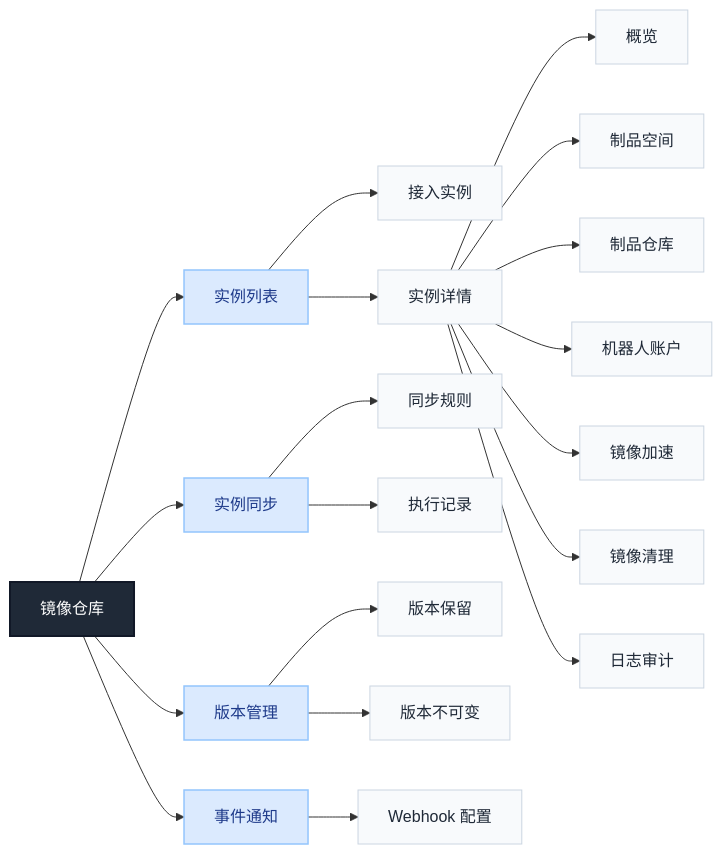
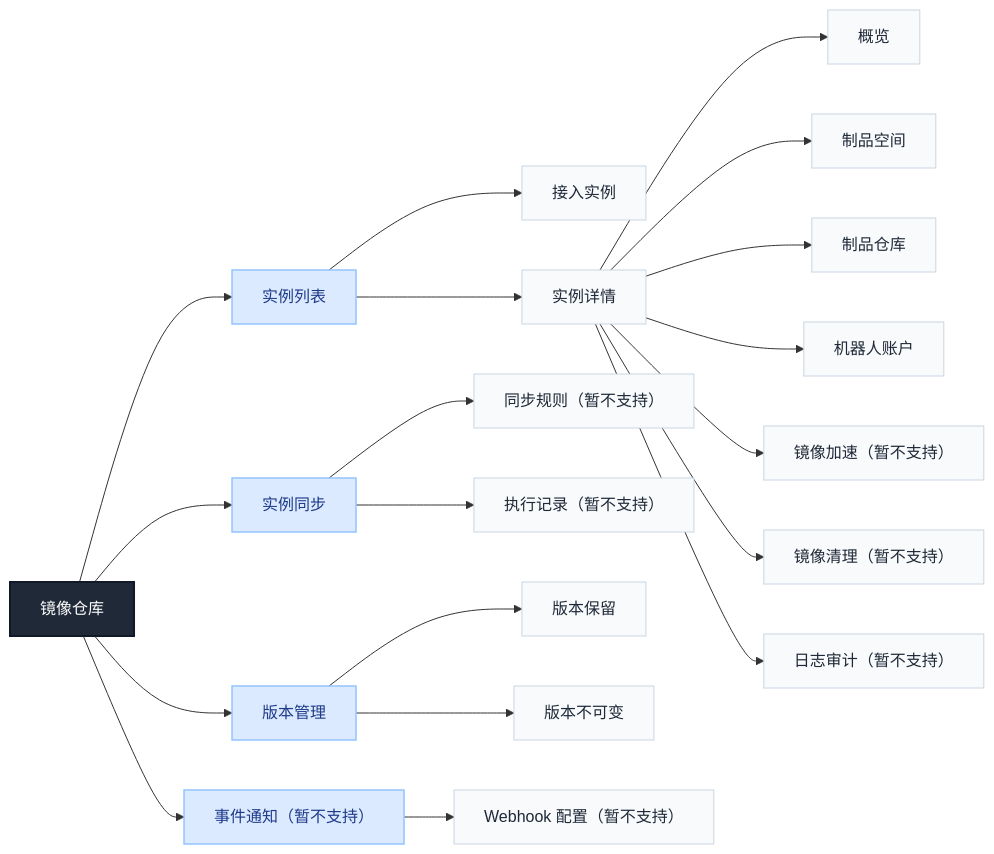
The diagram in ArtifactRegistry.md (XiaohuiSept/my-docs), drawn with Mermaid before and after one commit.

````diff
--- a/ArtifactRegistry.md
+++ b/ArtifactRegistry.md
@@ -3,30 +3,30 @@
 ```mermaid
 flowchart LR
     AR["镜像仓库"] --> IL["实例列表"]
     AR --> IS["实例同步"]
     AR --> VM["版本管理"]
-    AR --> EN["事件通知"]
+    AR --> EN["事件通知（暂不支持）"]
 
     IL --> IA["接入实例"]
     IL --> ID["实例详情"]
     ID --> ID1["概览"]
     ID --> ID2["制品空间"]
     ID --> ID3["制品仓库"]
     ID --> ID4["机器人账户"]
-    ID --> ID5["镜像加速"]
-    ID --> ID6["镜像清理"]
-    ID --> ID7["日志审计"]
+    ID --> ID5["镜像加速（暂不支持）"]
+    ID --> ID6["镜像清理（暂不支持）"]
+    ID --> ID7["日志审计（暂不支持）"]
 
-    IS --> IS1["同步规则"]
-    IS --> IS2["执行记录"]
+    IS --> IS1["同步规则（暂不支持）"]
+    IS --> IS2["执行记录（暂不支持）"]
     VM --> VM1["版本保留"]
     VM --> VM2["版本不可变"]
-    EN --> EN1["Webhook 配置"]
+    EN --> EN1["Webhook 配置（暂不支持）"]
 
     classDef root fill:#1f2937,color:#ffffff,stroke:#111827,stroke-width:2px;
     classDef primary fill:#dbeafe,color:#1e3a8a,stroke:#93c5fd,stroke-width:1.5px;
     classDef secondary fill:#f8fafc,color:#1f2937,stroke:#cbd5e1;
     class AR root;
     class IL,IS,VM,EN primary;
     class IA,ID,ID1,ID2,ID3,ID4,ID5,ID6,ID7,IS1,IS2,VM1,VM2,EN1 secondary;
 ```
````
